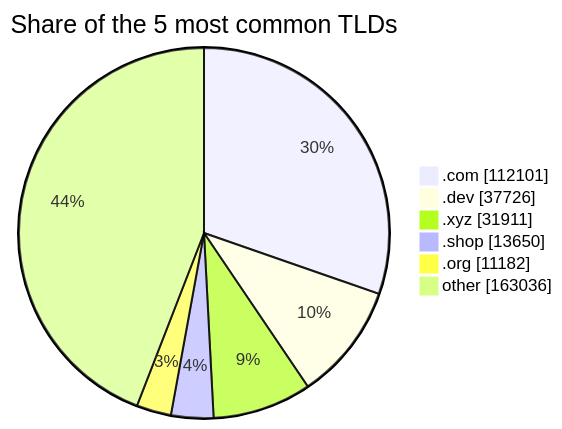
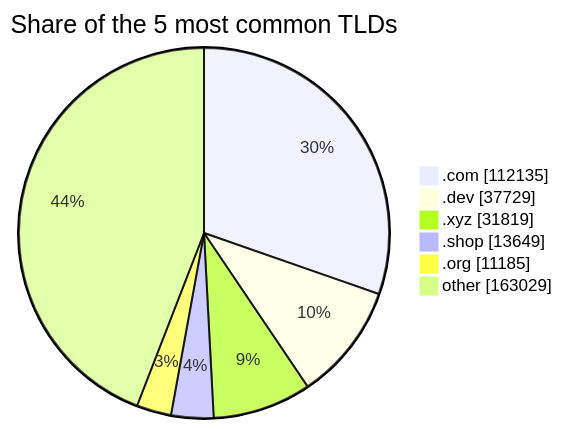
The third of 3 diagrams in README.md (DNSBunker/CTI), drawn with Mermaid before and after one commit. The commit also changed other lines of this file and 3 other files, not shown here.

````diff
--- a/README.md
+++ b/README.md
@@ -81,9 +81,9 @@
 ```mermaid
 pie showData title Share of the 5 most common TLDs
-    ".com" : 112101
-    ".dev" : 37726
-    ".xyz" : 31911
-    ".shop" : 13650
-    ".org" : 11182
-    "other" : 163036
+    ".com" : 112135
+    ".dev" : 37729
+    ".xyz" : 31819
+    ".shop" : 13649
+    ".org" : 11185
+    "other" : 163029
 ```
````
